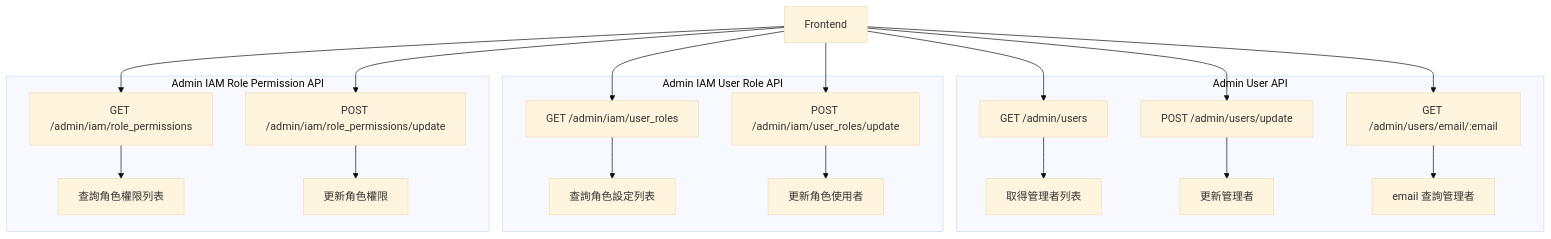
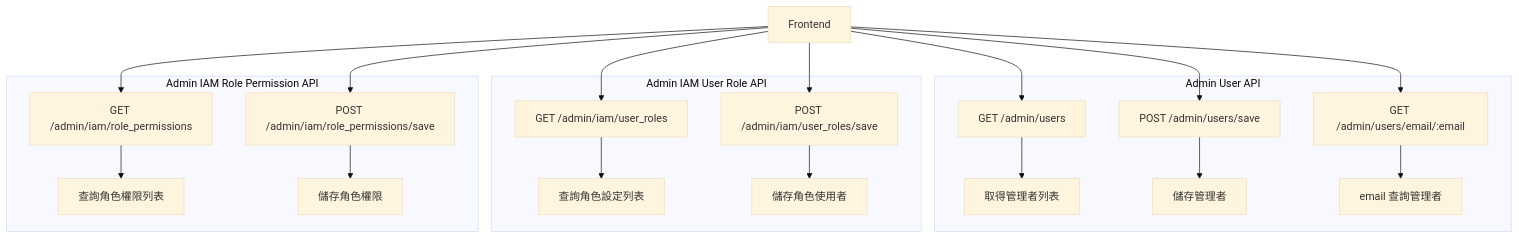
Before and after one commit to harry-tsai/notebook: the first of 2 diagrams in api/design/permission_management/README.md, drawn with Mermaid (base theme). The commit also changed other lines of this file, not shown here.

Commit message:
更新 API 文檔，將管理者、角色及權限的 POST 端點從 `update` 改為 `save`，並調整相關描述

````diff
--- a/api/design/permission_management/README.md
+++ b/api/design/permission_management/README.md
@@ -9,29 +9,29 @@
 ```mermaid
 graph TD
     A[Frontend]
     subgraph Admin User API
         BA[GET /admin/users] --> BB[取得管理者列表]
-        BC[POST /admin/users/update] --> BD[更新管理者]
+        BC[POST /admin/users/save] --> BD[儲存管理者]
         BE[GET /admin/users/email/:email] --> BF[email 查詢管理者]
     end
 
     A --> BA
     A --> BC
     A --> BE
 
     subgraph Admin IAM User Role API
         CA[GET /admin/iam/user_roles] --> CB[查詢角色設定列表]
-        CC[POST /admin/iam/user_roles/update] --> CD[更新角色使用者]
+        CC[POST /admin/iam/user_roles/save] --> CD[儲存角色使用者]
     end
 
     A --> CA
     A --> CC
 
     subgraph Admin IAM Role Permission API
         DA[GET /admin/iam/role_permissions] --> DB[查詢角色權限列表]
-        DC[POST /admin/iam/role_permissions/update] --> DD[更新角色權限]
+        DC[POST /admin/iam/role_permissions/save] --> DD[儲存角色權限]
     end
 
     A --> DA
     A --> DC
 ```
````
